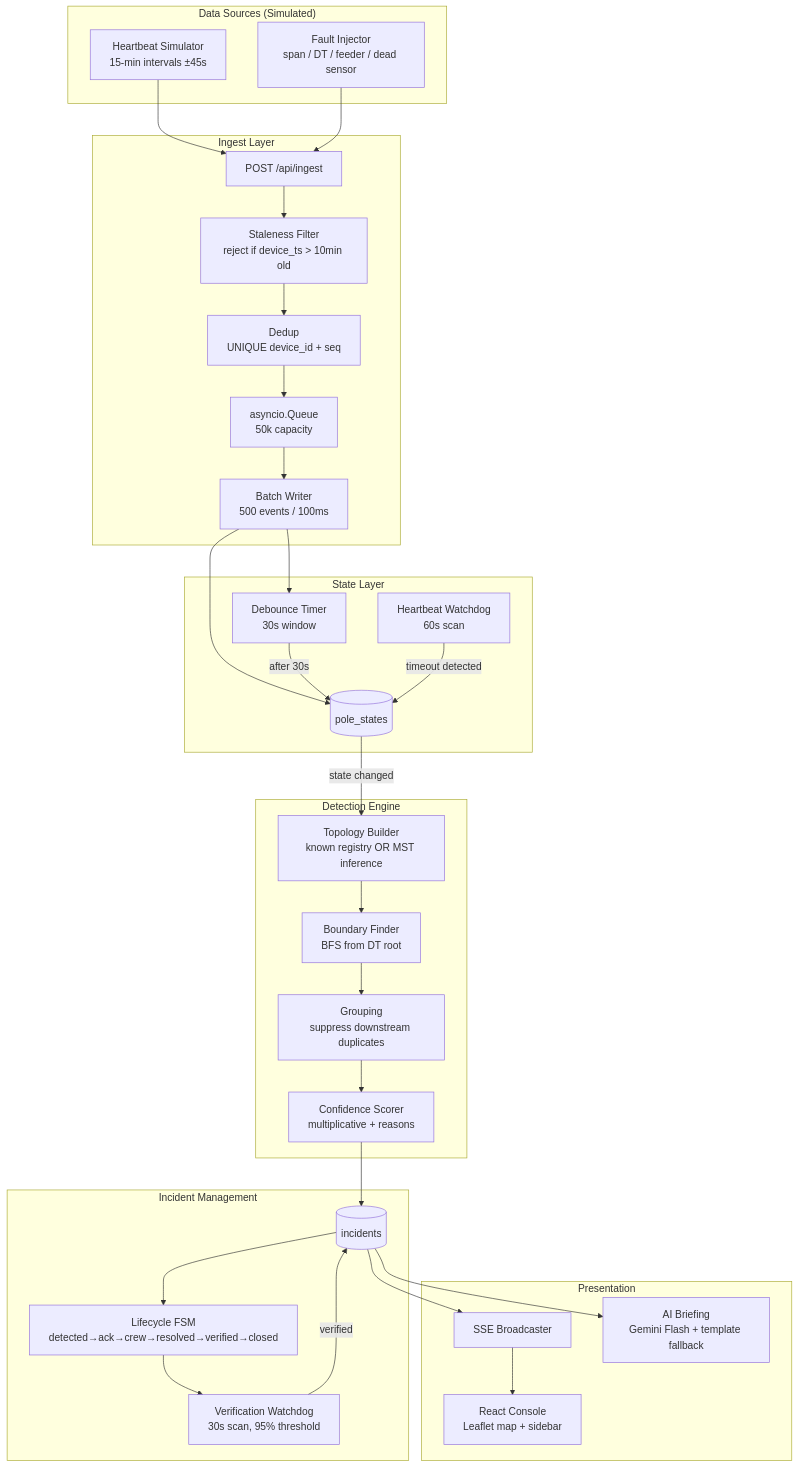
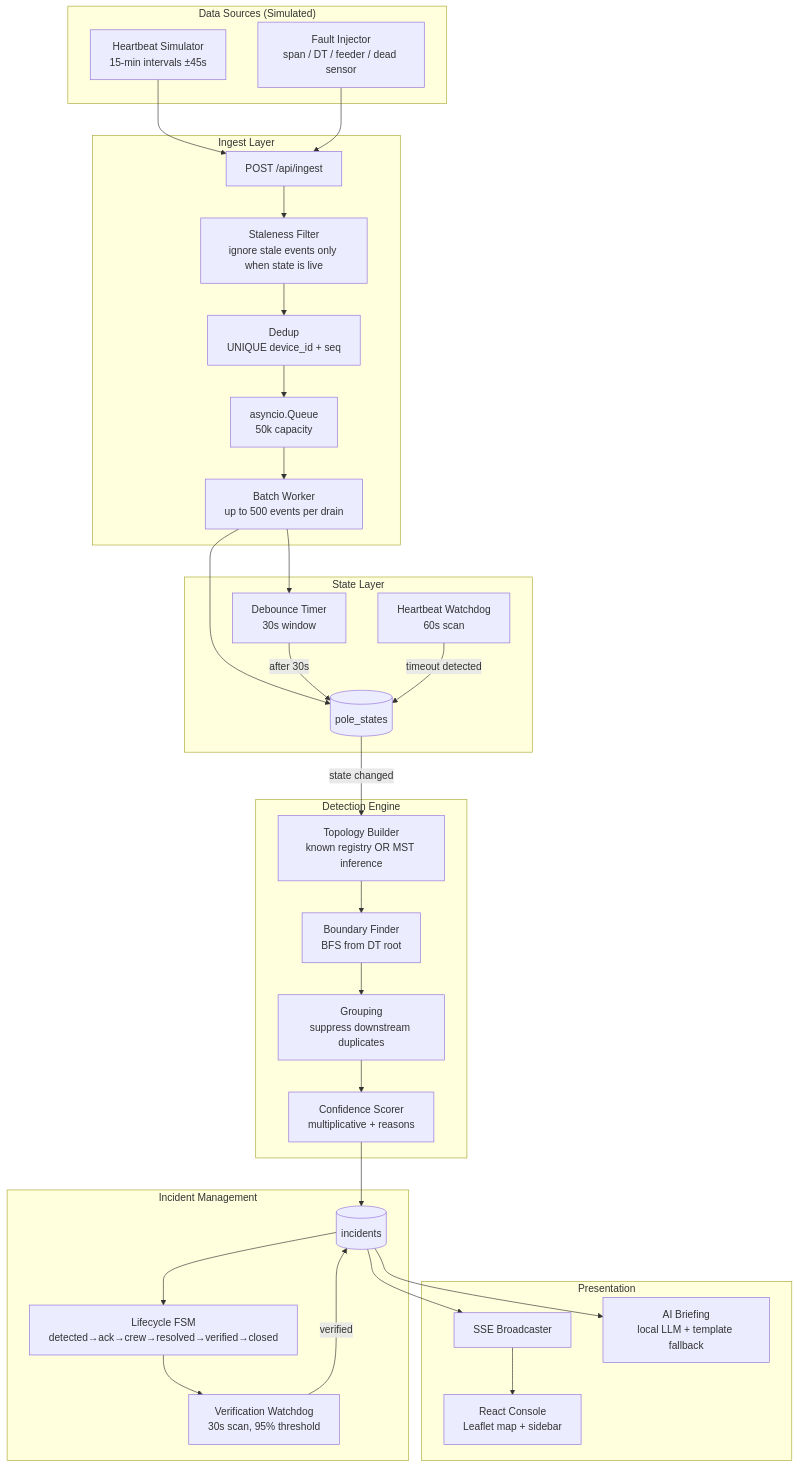
The first of 2 diagrams in ARCHITECTURE.md (sahilawatramani/GridWatch), drawn with Mermaid before and after one commit. The commit also changed other lines of this file and 4 other files, not shown here.

````diff
--- a/ARCHITECTURE.md
+++ b/ARCHITECTURE.md
@@ -5,59 +5,59 @@
 ```mermaid
 graph TB
     subgraph "Data Sources (Simulated)"
         HB[Heartbeat Simulator<br/>15-min intervals ±45s]
         FI[Fault Injector<br/>span / DT / feeder / dead sensor]
     end
 
     subgraph "Ingest Layer"
         EP[POST /api/ingest]
-        SF[Staleness Filter<br/>reject if device_ts > 10min old]
+        SF[Staleness Filter<br/>ignore stale events only when state is live]
         DD[Dedup<br/>UNIQUE device_id + seq]
         Q[asyncio.Queue<br/>50k capacity]
-        BW[Batch Writer<br/>500 events / 100ms]
+        BW[Batch Worker<br/>up to 500 events per drain]
     end
 
     subgraph "State Layer"
         PS[(pole_states)]
         DB[Debounce Timer<br/>30s window]
         HW[Heartbeat Watchdog<br/>60s scan]
     end
 
     subgraph "Detection Engine"
         TP[Topology Builder<br/>known registry OR MST inference]
         BF[Boundary Finder<br/>BFS from DT root]
         GR[Grouping<br/>suppress downstream duplicates]
         CS[Confidence Scorer<br/>multiplicative + reasons]
     end
 
     subgraph "Incident Management"
         IC[(incidents)]
         LC[Lifecycle FSM<br/>detected→ack→crew→resolved→verified→closed]
         VW[Verification Watchdog<br/>30s scan, 95% threshold]
     end
 
     subgraph "Presentation"
         SSE[SSE Broadcaster]
         UI[React Console<br/>Leaflet map + sidebar]
-        AI[AI Briefing<br/>Gemini Flash + template fallback]
+        AI[AI Briefing<br/>local LLM + template fallback]
     end
 
     HB --> EP
     FI --> EP
     EP --> SF --> DD --> Q --> BW
     BW --> PS
     BW --> DB
     DB -->|after 30s| PS
     HW -->|timeout detected| PS
     PS -->|state changed| TP
     TP --> BF
     BF --> GR
     GR --> CS
     CS --> IC
     IC --> LC
     LC --> VW
     VW -->|verified| IC
     IC --> SSE
     SSE --> UI
     IC --> AI
 ```
````
